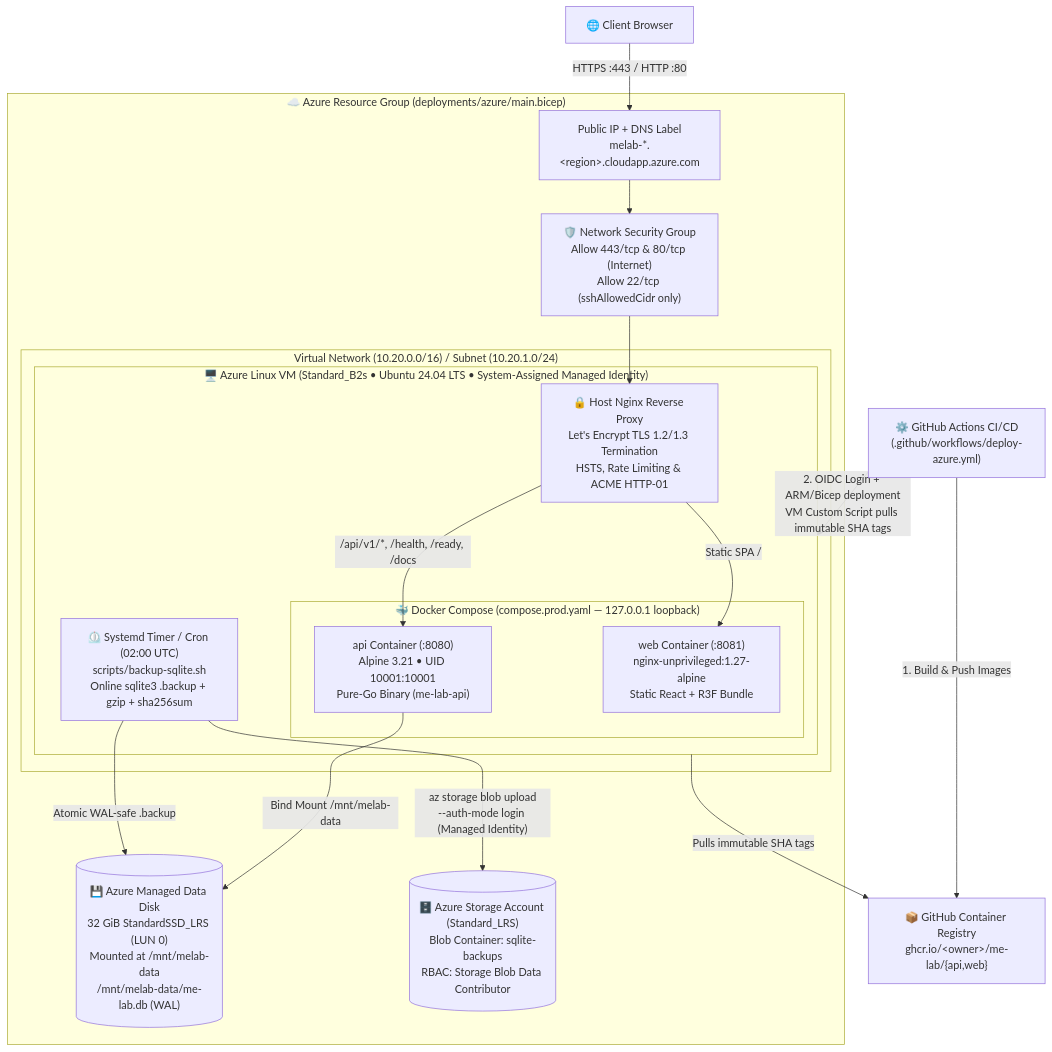
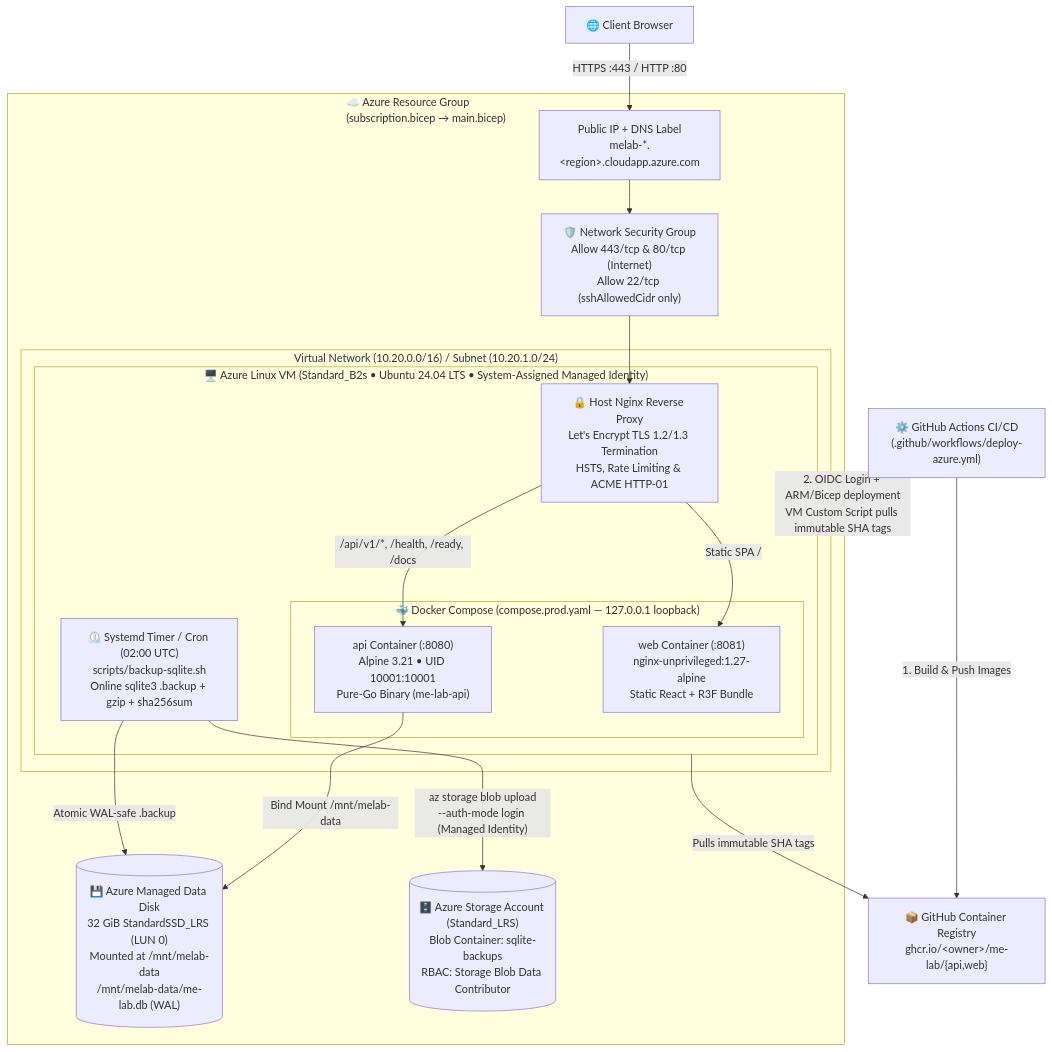
The diagram in docs/diagrams/03-deployment.mmd (felipinhobgtom/me-lab), drawn with Mermaid before and after one commit. The commit also changed 4 other files, not shown here.

```diff
--- a/docs/diagrams/03-deployment.mmd
+++ b/docs/diagrams/03-deployment.mmd
@@ -1,38 +1,38 @@
 flowchart TB
     Browser["🌐 Client Browser"]
     GHActions["⚙️ GitHub Actions CI/CD<br/>(.github/workflows/deploy-azure.yml)"]
     GHCR["📦 GitHub Container Registry<br/>ghcr.io/&lt;owner&gt;/me-lab/{api,web}"]
 
-    subgraph AzureRG["☁️ Azure Resource Group (deployments/azure/main.bicep)"]
+    subgraph AzureRG["☁️ Azure Resource Group<br/>(subscription.bicep → main.bicep)"]
         PIP["Public IP + DNS Label<br/>melab-*.&lt;region&gt;.cloudapp.azure.com"]
         NSG["🛡️ Network Security Group<br/>Allow 443/tcp & 80/tcp (Internet)<br/>Allow 22/tcp (sshAllowedCidr only)"]
 
         subgraph VNet["Virtual Network (10.20.0.0/16) / Subnet (10.20.1.0/24)"]
             subgraph VM["🖥️ Azure Linux VM (Standard_B2s • Ubuntu 24.04 LTS • System-Assigned Managed Identity)"]
                 NginxHost["🔒 Host Nginx Reverse Proxy<br/>Let's Encrypt TLS 1.2/1.3 Termination<br/>HSTS, Rate Limiting & ACME HTTP-01"]
 
                 subgraph DockerCompose["🐳 Docker Compose (compose.prod.yaml — 127.0.0.1 loopback)"]
                     WebCont["web Container (:8081)<br/>nginx-unprivileged:1.27-alpine<br/>Static React + R3F Bundle"]
                     APICont["api Container (:8080)<br/>Alpine 3.21 • UID 10001:10001<br/>Pure-Go Binary (me-lab-api)"]
                 end
 
                 BackupTimer["⏲️ Systemd Timer / Cron (02:00 UTC)<br/>scripts/backup-sqlite.sh<br/>Online sqlite3 .backup + gzip + sha256sum"]
             end
         end
 
         DataDisk[("💾 Azure Managed Data Disk<br/>32 GiB StandardSSD_LRS (LUN 0)<br/>Mounted at /mnt/melab-data<br/>/mnt/melab-data/me-lab.db (WAL)")]
         BlobAcct[("🗄️ Azure Storage Account (Standard_LRS)<br/>Blob Container: sqlite-backups<br/>RBAC: Storage Blob Data Contributor")]
     end
 
     Browser -->|"HTTPS :443 / HTTP :80"| PIP
     PIP --> NSG
     NSG --> NginxHost
     NginxHost -->|"Static SPA /"| WebCont
     NginxHost -->|"/api/v1/*, /health, /ready, /docs"| APICont
     APICont -->|"Bind Mount /mnt/melab-data"| DataDisk
     BackupTimer -->|"Atomic WAL-safe .backup"| DataDisk
     BackupTimer -->|"az storage blob upload<br/>--auth-mode login (Managed Identity)"| BlobAcct
 
     GHActions -->|"1. Build & Push Images"| GHCR
     GHActions -->|"2. OIDC Login + ARM/Bicep deployment<br/>VM Custom Script pulls immutable SHA tags"| VM
     VM -->|"Pulls immutable SHA tags"| GHCR
```
